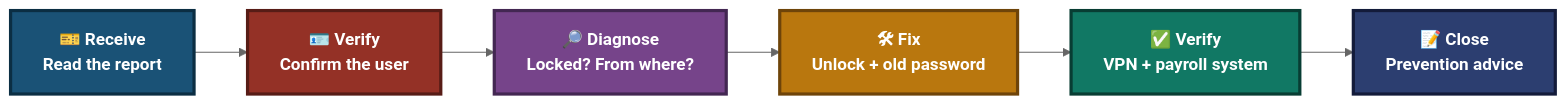
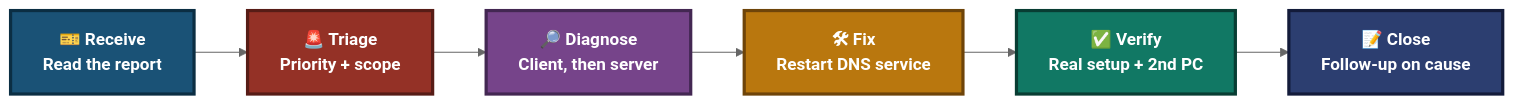
The first of 5 diagrams in 02-ticket-simulations/02.1-DNS-Ticket.md (malaika-azhar/Customer-Tech-Support-Portfolio), drawn with Mermaid (neutral theme) before and after one commit. The commit also changed other lines of this file, not shown here.

````diff
--- a/02-ticket-simulations/02.1-DNS-Ticket.md
+++ b/02-ticket-simulations/02.1-DNS-Ticket.md
@@ -147,11 +149,11 @@
 ```mermaid
 flowchart LR
-    A["🎫 Receive<br/>Read the report"]:::s1 --> B["🪪 Verify<br/>Confirm the user"]:::s2 --> C["🔎 Diagnose<br/>Locked? From where?"]:::s3 --> D["🛠 Fix<br/>Unlock + old password"]:::s4 --> E["✅ Verify<br/>VPN + payroll system"]:::s5 --> F["📝 Close<br/>Prevention advice"]:::s6
+    A["🎫 Receive<br/>Read the report"]:::s1 --> B["🚨 Triage<br/>Priority + scope"]:::s2 --> C["🔎 Diagnose<br/>Client, then server"]:::s3 --> D["🛠 Fix<br/>Restart DNS service"]:::s4 --> E["✅ Verify<br/>Real setup + 2nd PC"]:::s5 --> F["📝 Close<br/>Follow-up on cause"]:::s6
 
     classDef s1 fill:#1A5276,stroke:#0B2E43,stroke-width:3px,color:#FFFFFF,font-weight:bold
     classDef s2 fill:#943126,stroke:#571C16,stroke-width:3px,color:#FFFFFF,font-weight:bold
     classDef s3 fill:#76448A,stroke:#432752,stroke-width:3px,color:#FFFFFF,font-weight:bold
     classDef s4 fill:#B9770E,stroke:#6E4409,stroke-width:3px,color:#FFFFFF,font-weight:bold
     classDef s5 fill:#117864,stroke:#083D33,stroke-width:3px,color:#FFFFFF,font-weight:bold
     classDef s6 fill:#2C3E70,stroke:#131B3A,stroke-width:3px,color:#FFFFFF,font-weight:bold
 ```
````
